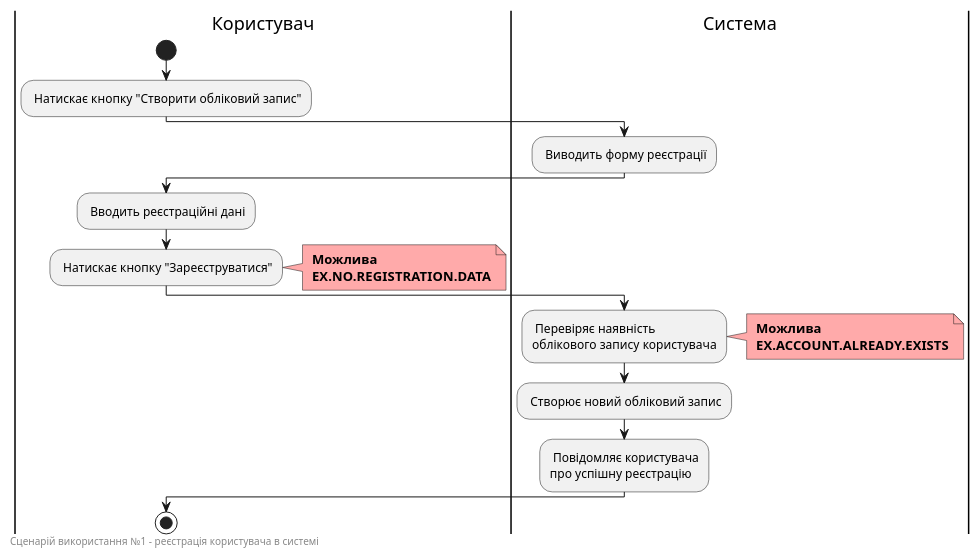
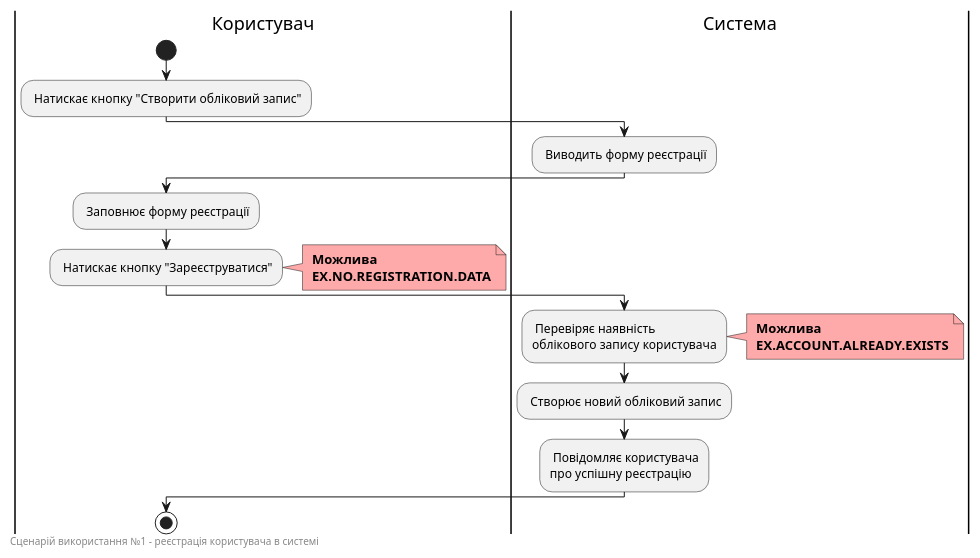
One commit to edu-db/edu_db_labs changed the sixth of 15 diagrams in docs/use cases/README.md. Above: the diagram before and after it, drawn with PlantUML. The commit also changed other lines of this file and 1 other file, not shown here.

```diff
--- a/docs/use cases/README.md
+++ b/docs/use cases/README.md
@@ -234,37 +234,37 @@
 @startuml
 
     |Користувач|
         start
         : Натискає кнопку "Створити обліковий запис";
         
     |Система|
         : Виводить форму реєстрації;
 
     |Користувач|
-        : Вводить реєстраційні дані;
+        : Заповнює форму реєстрації;
         : Натискає кнопку "Зареєструватися";
         note right #ffaaaa
         <b> Можлива
         <b> EX.NO.REGISTRATION.DATA
         end note
         
     |Система|
         : Перевіряє наявність
         облікового запису користувача;
         note right #ffaaaa
         <b> Можлива
         <b> EX.ACCOUNT.ALREADY.EXISTS
         end note
         
         : Створює новий обліковий запис;
         : Повідомляє користувача 
         про успішну реєстрацію;
 
     |Користувач|
         stop;
 
     left footer
         Сценарій використання №1 - реєстрація користувача в системі
     end footer
 
 @enduml
```
